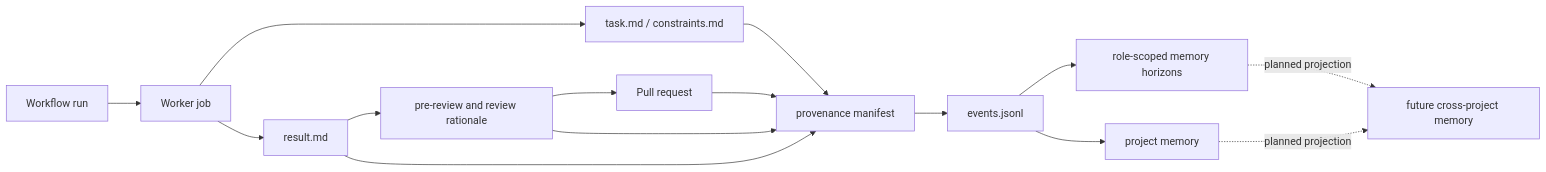
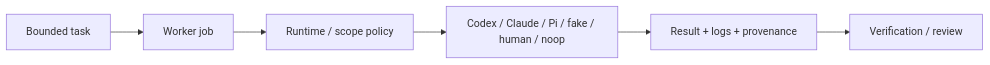
Before and after one commit to LukeJiaoR/GoodTeam: the fifth of 7 diagrams in docs/architecture.md, drawn with Mermaid. The commit also changed other lines of this file, not shown here.

Commit message:
docs: align architecture with chat-first product model

````diff
--- a/docs/architecture.md
+++ b/docs/architecture.md
@@ -233,29 +186,15 @@
 ```mermaid
 flowchart LR
-    Run[Workflow run]
-    WorkerJob[Worker job]
-    TaskContract[task.md / constraints.md]
-    Result[result.md]
-    Review[pre-review and review rationale]
-    PR[Pull request]
-    Manifest[provenance manifest]
-    WAL[events.jsonl]
-    RoleMemory[role-scoped memory horizons]
-    ProjectMemory[project memory]
-    FutureCrossProject[future cross-project memory]
+    Task[Bounded task]
+    Job[Worker job]
+    Policy[Runtime / scope policy]
+    Backend[Codex / Claude / Pi / fake / human / noop]
+    Result[Result + logs + provenance]
+    Review[Verification / review]
 
-    Run --> WorkerJob
-    WorkerJob --> TaskContract
-    WorkerJob --> Result
+    Task --> Job
+    Job --> Policy
+    Policy --> Backend
+    Backend --> Result
     Result --> Review
-    Review --> PR
-    PR --> Manifest
-    TaskContract --> Manifest
-    Result --> Manifest
-    Review --> Manifest
-    Manifest --> WAL
-    WAL --> RoleMemory
-    WAL --> ProjectMemory
-    ProjectMemory -. planned projection .-> FutureCrossProject
-    RoleMemory -. planned projection .-> FutureCrossProject
 ```
````
